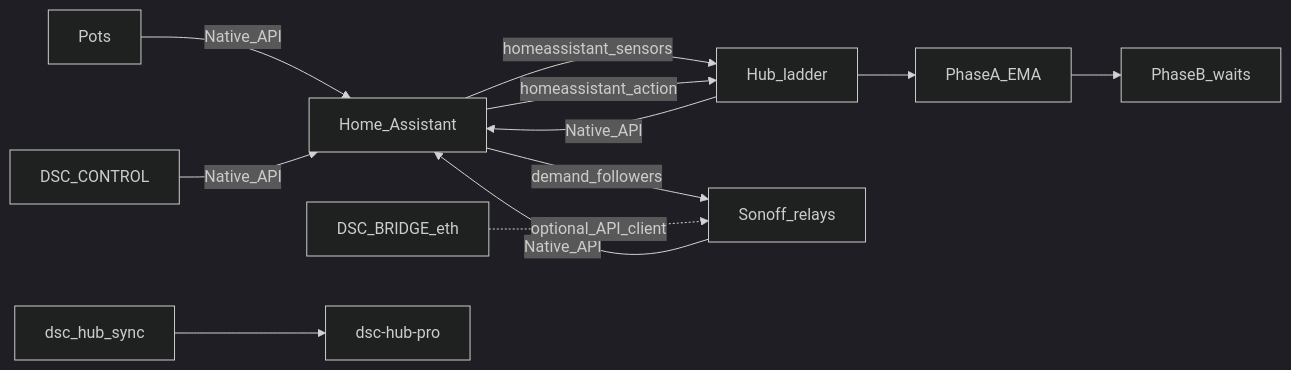
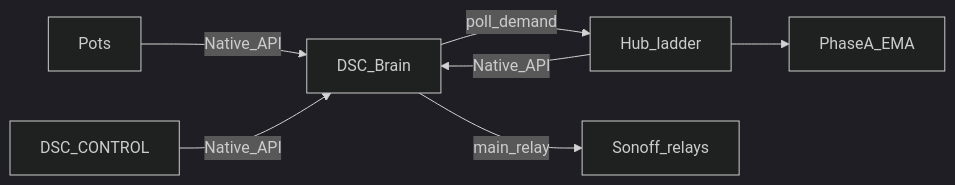
Before and after one commit to weddas/DSC-HUB: the diagram in README.md, drawn with Mermaid (dark theme). The commit also changed other lines of this file and 14 other files, not shown here.

First line of the commit message:
Document DSC-HUB 7.0 Pi appliance as product SoT.

````diff
--- a/README.md
+++ b/README.md
@@ -33,13 +33,9 @@
 ```mermaid
 flowchart LR
-  Pots[Pots] -->|Native_API| HA[Home_Assistant]
-  Panel[DSC_CONTROL] -->|Native_API| HA
-  Hub[Hub_ladder] -->|Native_API| HA
-  Sonoffs[Sonoff_relays] -->|Native_API| HA
-  HA -->|homeassistant_sensors| Hub
-  HA -->|homeassistant_action| Hub
-  HA -->|demand_followers| Sonoffs
-  Bridge[DSC_BRIDGE_eth] -.->|optional_API_client| Sonoffs
-  Hub --> LearnA[PhaseA_EMA] --> LearnB[PhaseB_waits]
-  Sync[dsc_hub_sync] --> Pro[dsc-hub-pro]
+  Pots[Pots] -->|Native_API| Brain[DSC_Brain]
+  Panel[DSC_CONTROL] -->|Native_API| Brain
+  Hub[Hub_ladder] -->|Native_API| Brain
+  Brain -->|poll_demand| Hub
+  Brain -->|main_relay| Sonoffs[Sonoff_relays]
+  Hub --> LearnA[PhaseA_EMA]
 ```
````
